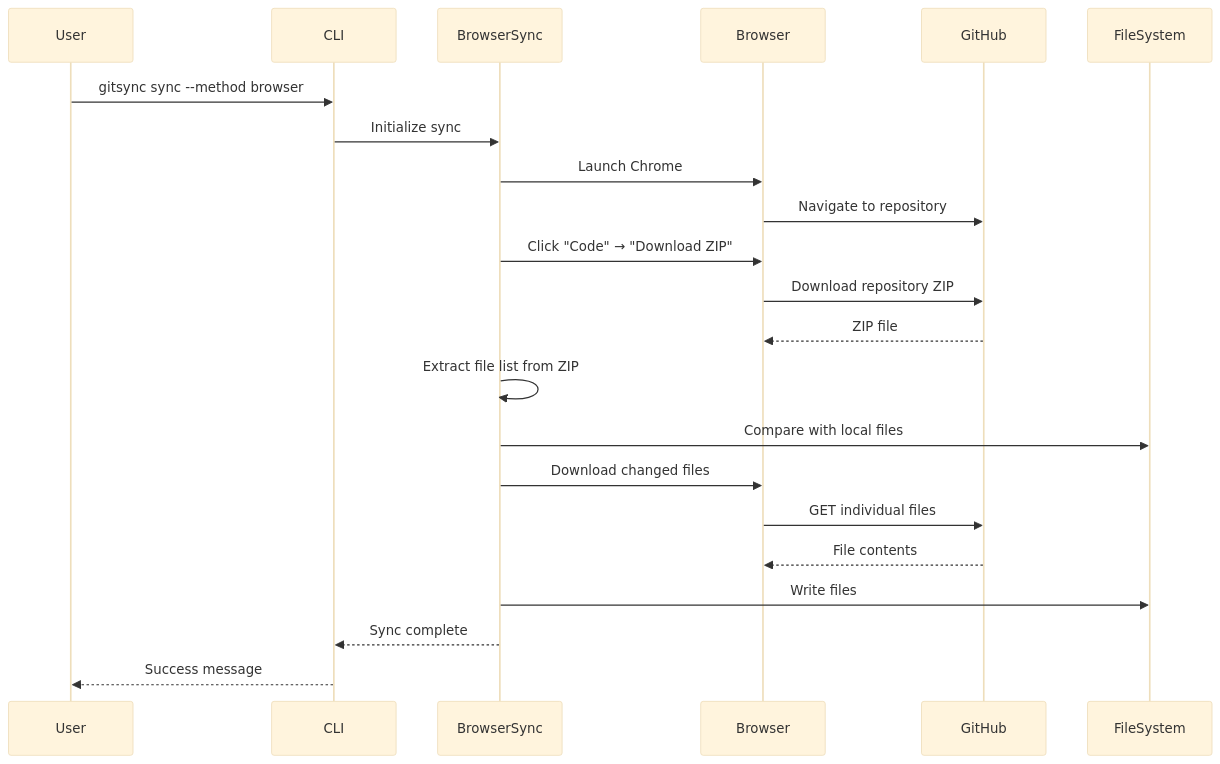
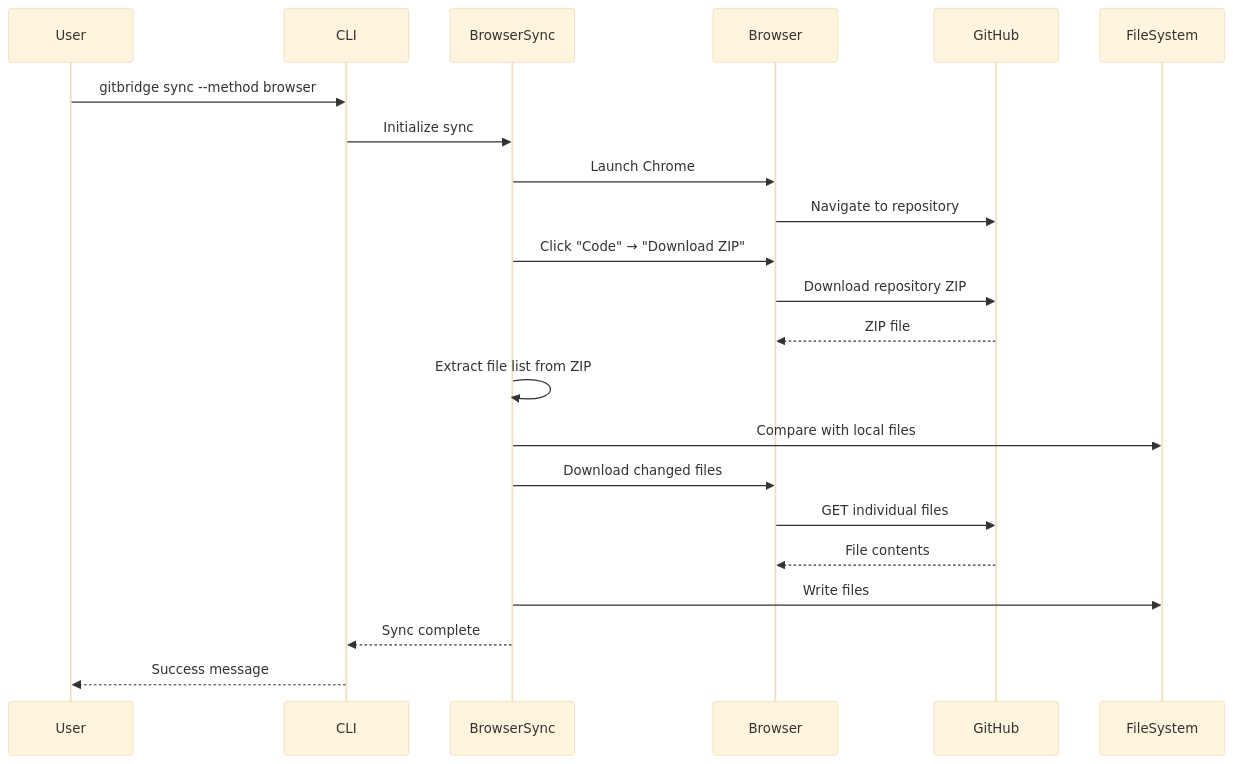
Before and after one commit to nevedomski/gitBridge: the third of 5 diagrams in docs/architecture/overview.md, drawn with Mermaid (base theme). The commit also changed other lines of this file and 68 other files, not shown here.

First line of the commit message:
Refactor tests to use 'gitbridge' instead of 'gitsync'

````diff
--- a/docs/architecture/overview.md
+++ b/docs/architecture/overview.md
@@ -298,25 +298,25 @@
 ```mermaid
 sequenceDiagram
     participant User
     participant CLI
     participant BrowserSync
     participant Browser
     participant GitHub
     participant FileSystem
     
-    User->>CLI: gitsync sync --method browser
+    User->>CLI: gitbridge sync --method browser
     CLI->>BrowserSync: Initialize sync
     BrowserSync->>Browser: Launch Chrome
     Browser->>GitHub: Navigate to repository
     BrowserSync->>Browser: Click "Code" → "Download ZIP"
     Browser->>GitHub: Download repository ZIP
     GitHub-->>Browser: ZIP file
     BrowserSync->>BrowserSync: Extract file list from ZIP
     BrowserSync->>FileSystem: Compare with local files
     BrowserSync->>Browser: Download changed files
     Browser->>GitHub: GET individual files
     GitHub-->>Browser: File contents
     BrowserSync->>FileSystem: Write files
     BrowserSync-->>CLI: Sync complete
     CLI-->>User: Success message
 ```
````
